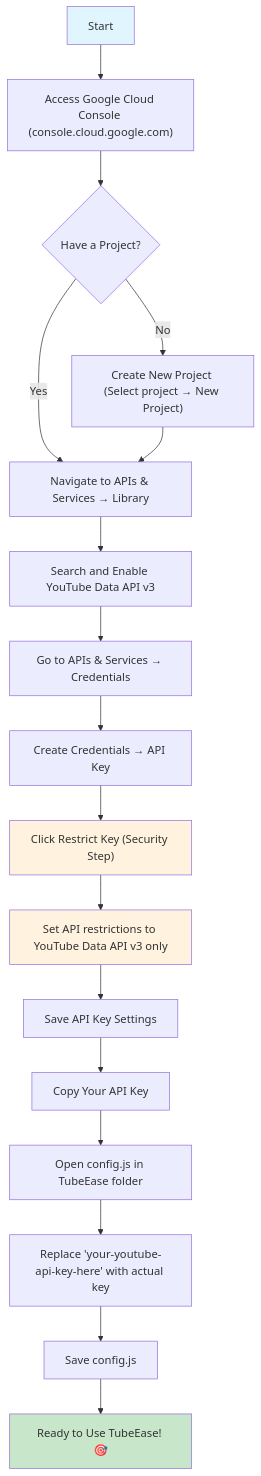
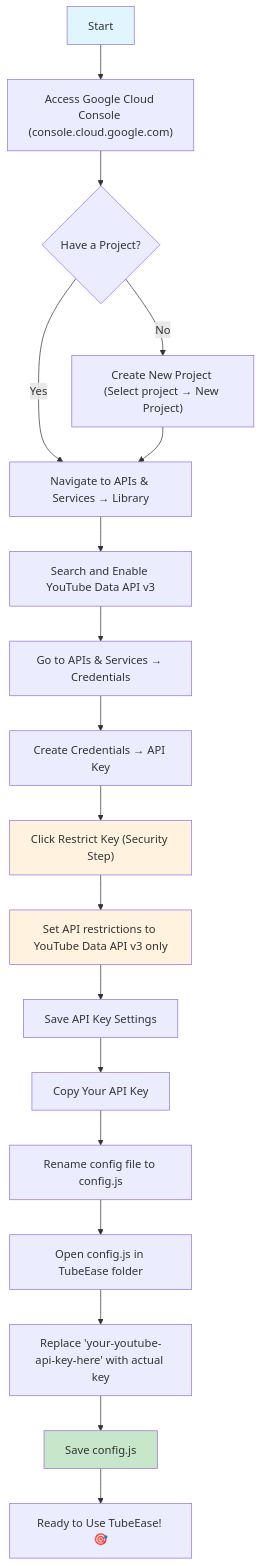
Before and after one commit to gelso/TubeEase: the diagram in README.md, drawn with Mermaid. The commit also changed other lines of this file, not shown here.

Commit message:
docs: Update readme file

````diff
--- a/README.md
+++ b/README.md
@@ -11,24 +11,25 @@
 ```mermaid
 flowchart TD
     A[Start] --> B["Access Google Cloud Console (console.cloud.google.com)"]
     B --> C{Have a Project?}
     C -->|No| D["Create New Project (Select project → New Project)"]
     C -->|Yes| E["Navigate to APIs & Services → Library"]
     D --> E
     E --> F["Search and Enable YouTube Data API v3"]
     F --> G["Go to APIs & Services → Credentials"]
     G --> H["Create Credentials → API Key"]
     H --> I["Click Restrict Key (Security Step)"]
     I --> J["Set API restrictions to YouTube Data API v3 only"]
     J --> K["Save API Key Settings"]
     K --> L["Copy Your API Key"]
-    L --> M["Open config.js in TubeEase folder"]
-    M --> N["Replace 'your-youtube-api-key-here' with actual key"]
-    N --> O["Save config.js"]
-    O --> P[Ready to Use TubeEase! 🎯]
+    L --> M["Rename config file to config.js"]
+    M --> N["Open config.js in TubeEase folder"]
+    N --> O["Replace 'your-youtube-api-key-here' with actual key"]
+    O --> P["Save config.js"]
+    P --> Q[Ready to Use TubeEase! 🎯]
     
     style A fill:#e1f5fe
     style P fill:#c8e6c9
     style I fill:#fff3e0
     style J fill:#fff3e0
 ```
````
